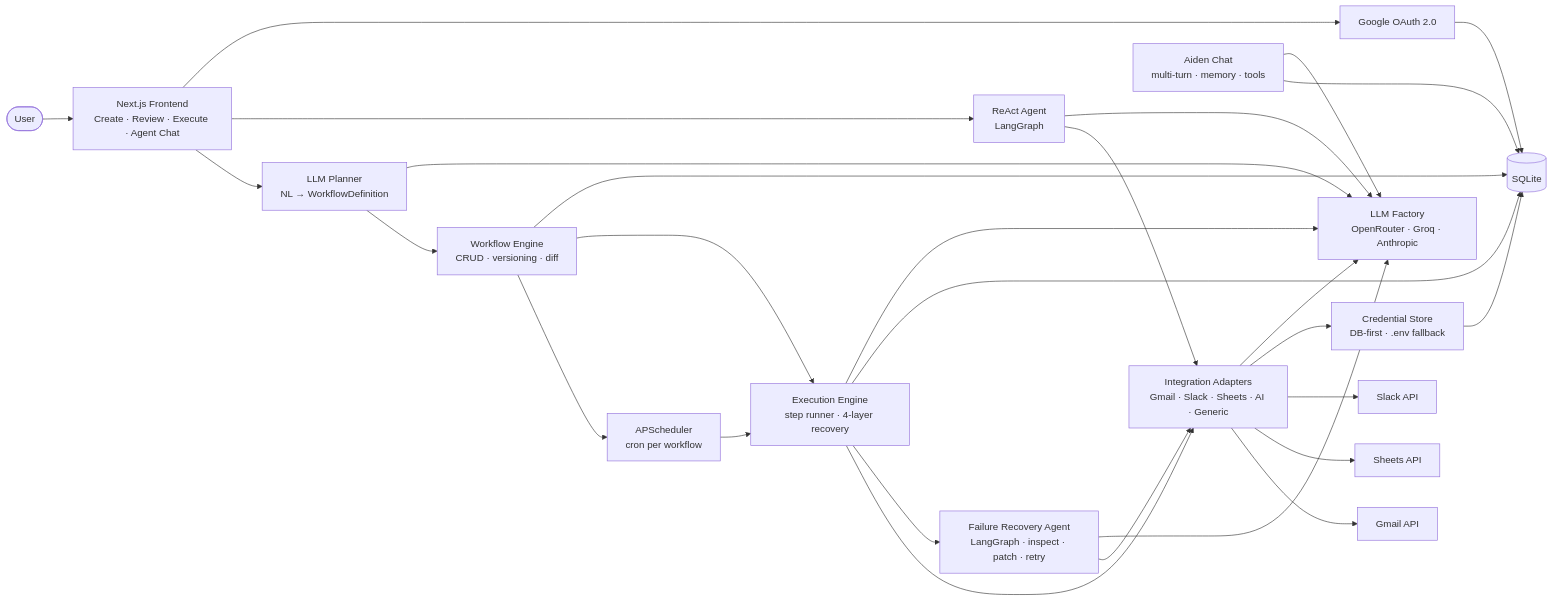
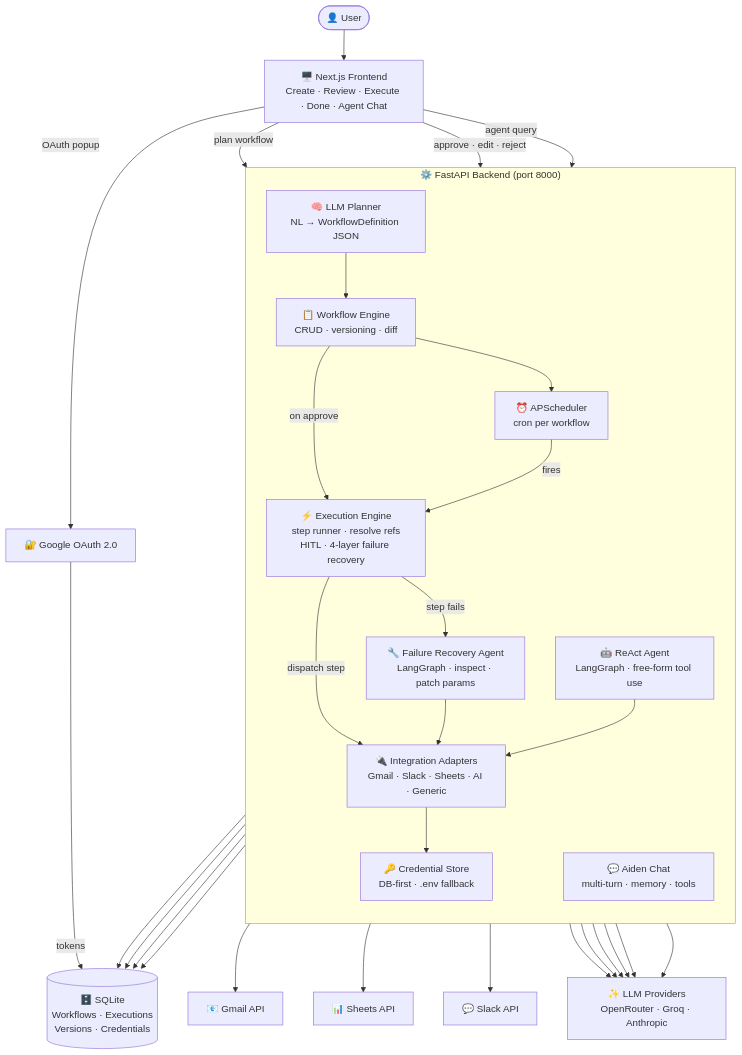
The first of 2 diagrams in README.md (KompallyAkhil/FlowForge), drawn with Mermaid before and after one commit. The commit also changed 8 other files, not shown here.

Commit message:
refactor: enhance integration setup for Google and Slack with improved credential handling and UI updates

````diff
--- a/README.md
+++ b/README.md
@@ -92,38 +92,51 @@
 ```mermaid
-flowchart LR
-    User([User]) --> FE
+flowchart TB
+    User(["👤 User"])
+    User --> FE["🖥️ Next.js Frontend\nCreate · Review · Execute · Done · Agent Chat"]
 
-    FE[Next.js Frontend\nCreate · Review · Execute · Agent Chat]
+    FE -->|plan workflow| Planner
+    FE -->|approve · edit · reject| WFEngine
+    FE -->|agent query| ReactAgent
+    FE -->|OAuth popup| GAuth["🔐 Google OAuth 2.0"]
+    GAuth -->|tokens| DB
 
-    FE --> Planner[LLM Planner\nNL → WorkflowDefinition]
-    FE --> ReactAgent[ReAct Agent\nLangGraph]
-    FE --> GAuth[Google OAuth 2.0]
+    subgraph Backend["⚙️ FastAPI Backend  (port 8000)"]
+        direction TB
+        Planner["🧠 LLM Planner\nNL → WorkflowDefinition JSON"]
+        WFEngine["📋 Workflow Engine\nCRUD · versioning · diff"]
+        Scheduler["⏰ APScheduler\ncron per workflow"]
+        ExecEngine["⚡ Execution Engine\nstep runner · resolve refs\nHITL · 4-layer failure recovery"]
+        FailAgent["🔧 Failure Recovery Agent\nLangGraph · inspect · patch params"]
+        ReactAgent["🤖 ReAct Agent\nLangGraph · free-form tool use"]
+        AidenChat["💬 Aiden Chat\nmulti-turn · memory · tools"]
+        Adapters["🔌 Integration Adapters\nGmail · Slack · Sheets · AI · Generic"]
+        CredStore["🔑 Credential Store\nDB-first · .env fallback"]
 
-    Planner --> WFEngine[Workflow Engine\nCRUD · versioning · diff]
-    WFEngine --> Scheduler[APScheduler\ncron per workflow]
-    WFEngine --> ExecEngine[Execution Engine\nstep runner · 4-layer recovery]
-    Scheduler --> ExecEngine
+        Planner --> WFEngine
+        WFEngine --> Scheduler
+        WFEngine -->|on approve| ExecEngine
+        Scheduler -->|fires| ExecEngine
+        ExecEngine -->|step fails| FailAgent
+        ExecEngine -->|dispatch step| Adapters
+        FailAgent --> Adapters
+        ReactAgent --> Adapters
+        Adapters --> CredStore
+    end
 
-    ExecEngine --> Adapters[Integration Adapters\nGmail · Slack · Sheets · AI · Generic]
-    ExecEngine --> FailAgent[Failure Recovery Agent\nLangGraph · inspect · patch · retry]
-    FailAgent --> Adapters
-    ReactAgent --> Adapters
-
-    Adapters --> GmailAPI[Gmail API]
-    Adapters --> SheetsAPI[Sheets API]
-    Adapters --> SlackAPI[Slack API]
-    Adapters --> CredStore[Credential Store\nDB-first · .env fallback]
-
-    WFEngine --> DB[(SQLite)]
+    WFEngine --> DB
     ExecEngine --> DB
     CredStore --> DB
-    GAuth --> DB
-    AidenChat[Aiden Chat\nmulti-turn · memory · tools] --> DB
+    AidenChat --> DB
+    DB[("🗄️ SQLite\nWorkflows · Executions\nVersions · Credentials")]
 
-    Planner --> LLM[LLM Factory\nOpenRouter · Groq · Anthropic]
+    Adapters --> GmailAPI["📧 Gmail API"]
+    Adapters --> SheetsAPI["📊 Sheets API"]
+    Adapters --> SlackAPI["💬 Slack API"]
+
+    Planner --> LLM["✨ LLM Providers\nOpenRouter · Groq · Anthropic"]
     ExecEngine --> LLM
     FailAgent --> LLM
     ReactAgent --> LLM
     AidenChat --> LLM
     Adapters --> LLM
 ```
````
